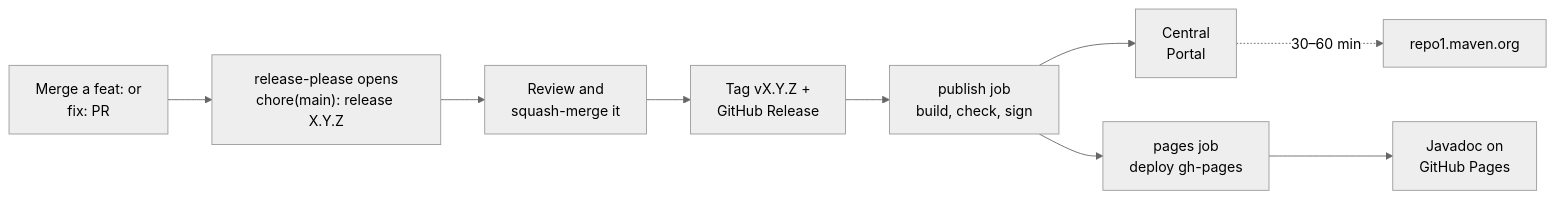
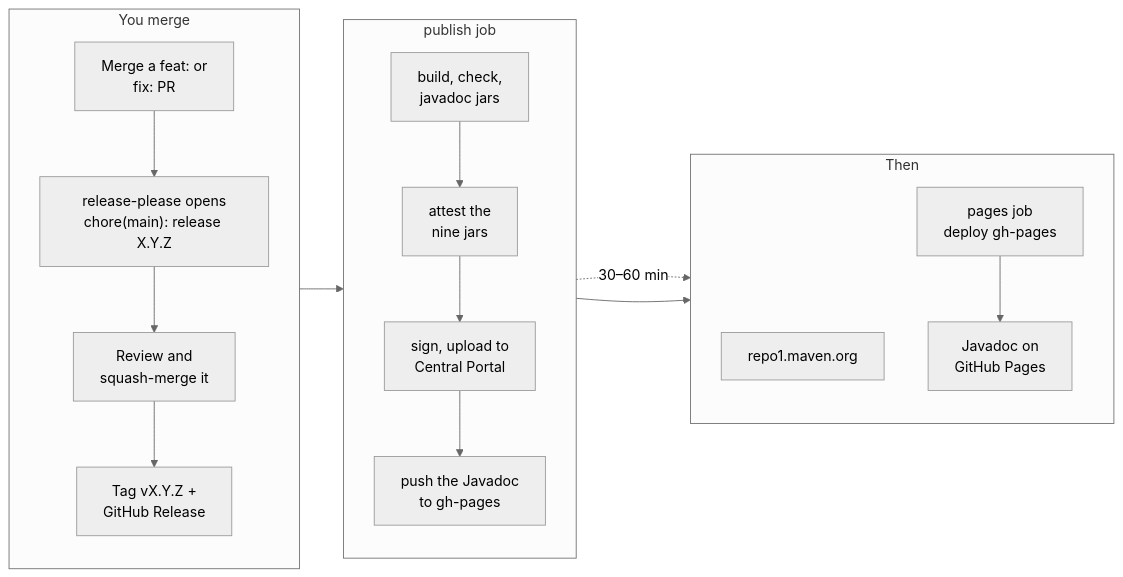
One commit to brantunger/unruly-engine changed the diagram in RELEASING.md. Above: the diagram before and after it, drawn with Mermaid (neutral theme). The commit also changed other lines of this file and 6 other files, not shown here.

Commit message:
build: attest the published jars, and make the documentation site reproducible (#437)

````diff
--- a/RELEASING.md
+++ b/RELEASING.md
@@ -26,11 +26,23 @@
 ```mermaid
 flowchart LR
-    A["Merge a feat: or<br/>fix: PR"] --> B["release-please opens<br/>chore(main): release X.Y.Z"]
-    B --> C["Review and<br/>squash-merge it"]
-    C --> D["Tag vX.Y.Z +<br/>GitHub Release"]
-    D --> E["publish job<br/>build, check, sign"]
-    E --> F["Central<br/>Portal"]
-    F -. "30–60 min" .-> G["repo1.maven.org"]
-    E --> P["pages job<br/>deploy gh-pages"]
-    P --> H["Javadoc on<br/>GitHub Pages"]
+    subgraph merge["You merge"]
+        direction TB
+        A["Merge a feat: or<br/>fix: PR"] --> B["release-please opens<br/>chore(main): release X.Y.Z"]
+        B --> C["Review and<br/>squash-merge it"]
+        C --> D["Tag vX.Y.Z +<br/>GitHub Release"]
+    end
+    subgraph publish["publish job"]
+        direction TB
+        E["build, check,<br/>javadoc jars"] --> V["attest the<br/>nine jars"]
+        V --> F["sign, upload to<br/>Central Portal"]
+        F --> J["push the Javadoc<br/>to gh-pages"]
+    end
+    subgraph after["Then"]
+        direction TB
+        G["repo1.maven.org"]
+        P["pages job<br/>deploy gh-pages"] --> H["Javadoc on<br/>GitHub Pages"]
+    end
+    D --> E
+    F -. "30–60 min" .-> G
+    J --> P
 ```
````
